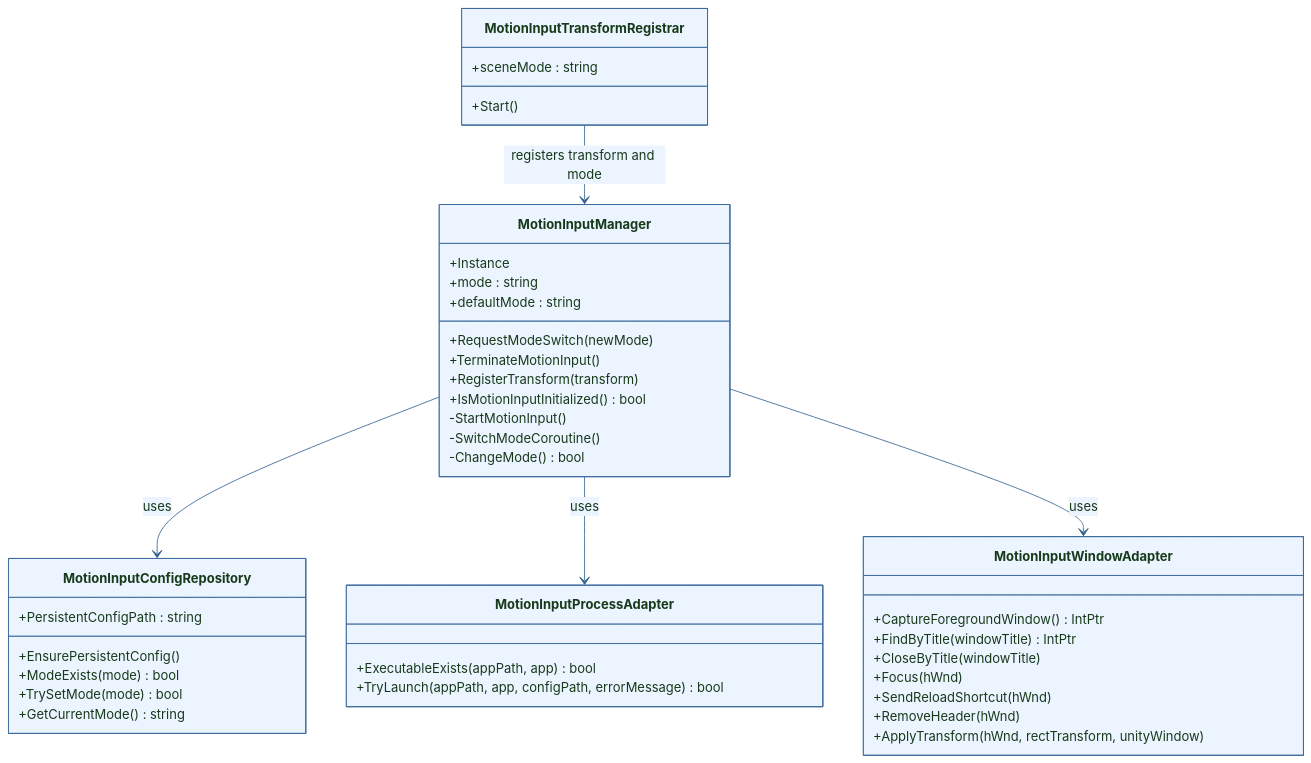
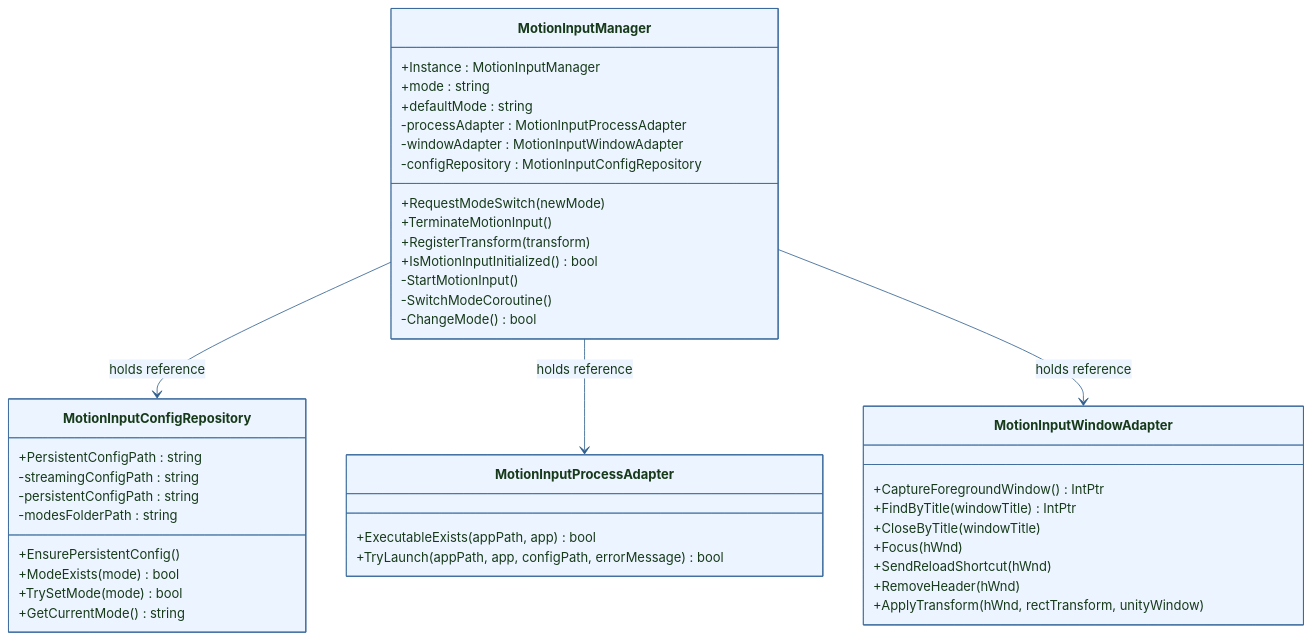
The diagram in website/public/diagrams/system-design/class-motion-input.mmd (Zhou-London/comp0016), drawn with Mermaid before and after one commit. The commit also changed 4 other files, not shown here.

```diff
--- a/website/public/diagrams/system-design/class-motion-input.mmd
+++ b/website/public/diagrams/system-design/class-motion-input.mmd
@@ -1,47 +1,48 @@
 %%{init: {'theme': 'base', 'themeVariables': {'primaryColor': '#ecf4ff', 'primaryTextColor': '#173a1a', 'primaryBorderColor': '#3b6a9c', 'lineColor': '#2f5f8f', 'fontFamily': 'Trebuchet MS'}}}%%
 classDiagram
     class MotionInputManager {
-      +Instance
+      +Instance : MotionInputManager
       +mode : string
       +defaultMode : string
       +RequestModeSwitch(newMode)
       +TerminateMotionInput()
       +RegisterTransform(transform)
       +IsMotionInputInitialized() bool
       -StartMotionInput()
       -SwitchModeCoroutine()
       -ChangeMode() bool
+      -processAdapter : MotionInputProcessAdapter
+      -windowAdapter : MotionInputWindowAdapter
+      -configRepository : MotionInputConfigRepository
     }
 
     class MotionInputConfigRepository {
       +PersistentConfigPath : string
       +EnsurePersistentConfig()
       +ModeExists(mode) bool
       +TrySetMode(mode) bool
       +GetCurrentMode() string
+      -streamingConfigPath : string
+      -persistentConfigPath : string
+      -modesFolderPath : string
     }
 
     class MotionInputProcessAdapter {
       +ExecutableExists(appPath, app) bool
       +TryLaunch(appPath, app, configPath, errorMessage) bool
     }
 
     class MotionInputWindowAdapter {
       +CaptureForegroundWindow() IntPtr
       +FindByTitle(windowTitle) IntPtr
       +CloseByTitle(windowTitle)
       +Focus(hWnd)
       +SendReloadShortcut(hWnd)
       +RemoveHeader(hWnd)
       +ApplyTransform(hWnd, rectTransform, unityWindow)
     }
 
-    class MotionInputTransformRegistrar {
-      +sceneMode : string
-      +Start()
-    }
 
-    MotionInputManager --> MotionInputConfigRepository : uses
-    MotionInputManager --> MotionInputProcessAdapter : uses
-    MotionInputManager --> MotionInputWindowAdapter : uses
-    MotionInputTransformRegistrar --> MotionInputManager : registers transform and mode
+    MotionInputManager --> MotionInputConfigRepository : holds reference
+    MotionInputManager --> MotionInputProcessAdapter : holds reference
+    MotionInputManager --> MotionInputWindowAdapter : holds reference
```
